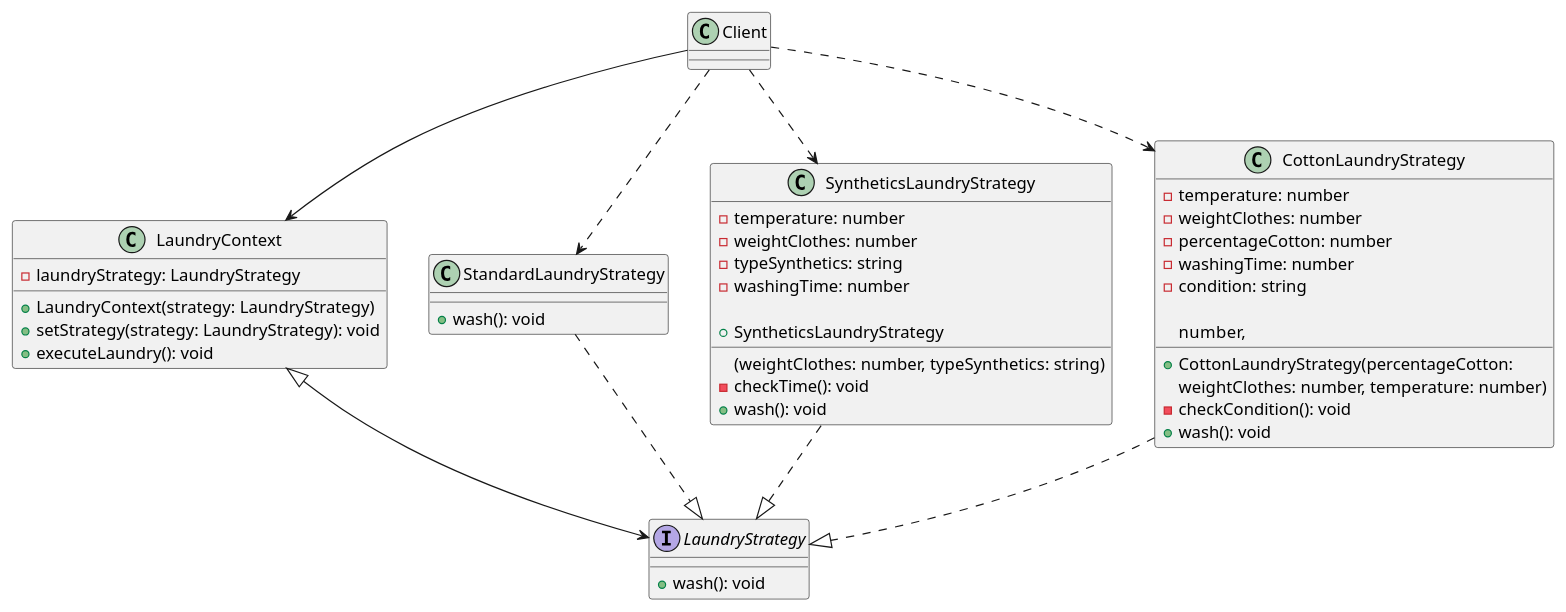
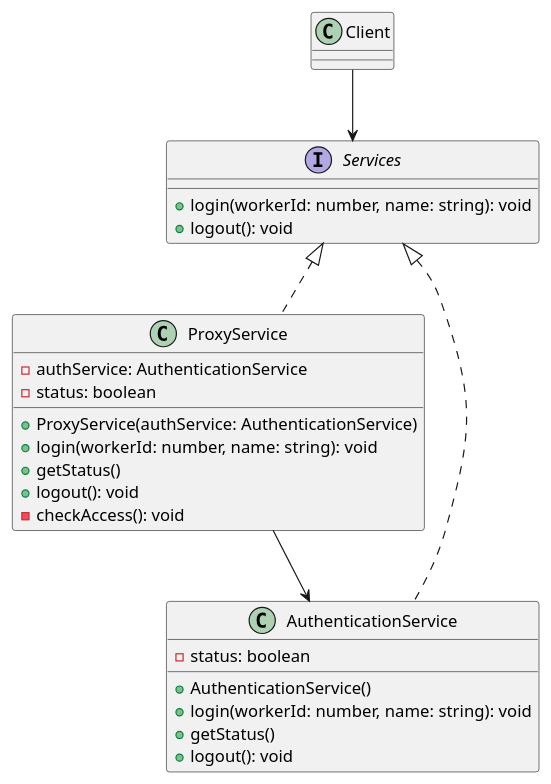
The diagram in public/new.plantuml (indian0ch/HotelInformalSystem), drawn with PlantUML before and after one commit. The commit also changed other lines of this file and 217 other files, not shown here.

```diff
--- a/public/new.plantuml
+++ b/public/new.plantuml
@@ -1,53 +1,37 @@
-class LaundryContext {
-  -laundryStrategy: LaundryStrategy
+@startuml
 
-  +LaundryContext(strategy: LaundryStrategy)
-  +setStrategy(strategy: LaundryStrategy): void
-  +executeLaundry(): void
+interface Services {
+  + login(workerId: number, name: string): void
+  + logout(): void
 }
 
-interface LaundryStrategy {
-  +wash(): void
+class ProxyService {
+  - authService: AuthenticationService
+  - status: boolean
+
+  + ProxyService(authService: AuthenticationService)
+  + login(workerId: number, name: string): void
+  + getStatus()
+  + logout(): void
+  - checkAccess(): void
 }
 
-class StandardLaundryStrategy {
-  +wash(): void
-}
+class AuthenticationService {
+  - status: boolean
 
-class SyntheticsLaundryStrategy {
-  -temperature: number
-  -weightClothes: number
-  -typeSynthetics: string
-  -washingTime: number
-
-  +SyntheticsLaundryStrategy
-  (weightClothes: number, typeSynthetics: string)
-  -checkTime(): void
-  +wash(): void
-}
-
-class CottonLaundryStrategy {
-  -temperature: number
-  -weightClothes: number
-  -percentageCotton: number
-  -washingTime: number
-  -condition: string
-
-  +CottonLaundryStrategy(percentageCotton: 
-  number, 
-  weightClothes: number, temperature: number)
-  -checkCondition(): void
-  +wash(): void
+  + AuthenticationService()
+  + login(workerId: number, name: string): void
+  + getStatus()
+  + logout(): void
 }
 class Client{
 
 }
 
-Client ..> SyntheticsLaundryStrategy
-Client ..> CottonLaundryStrategy
-Client ..> StandardLaundryStrategy
-LaundryContext <|--> LaundryStrategy
-SyntheticsLaundryStrategy ..|> LaundryStrategy
-CottonLaundryStrategy ..|> LaundryStrategy
-StandardLaundryStrategy ..|> LaundryStrategy
-Client --> LaundryContext
+Services <|.. ProxyService
+Services <|.. AuthenticationService
+
+ProxyService --> AuthenticationService
+Client --> Services
+
+@enduml
```
